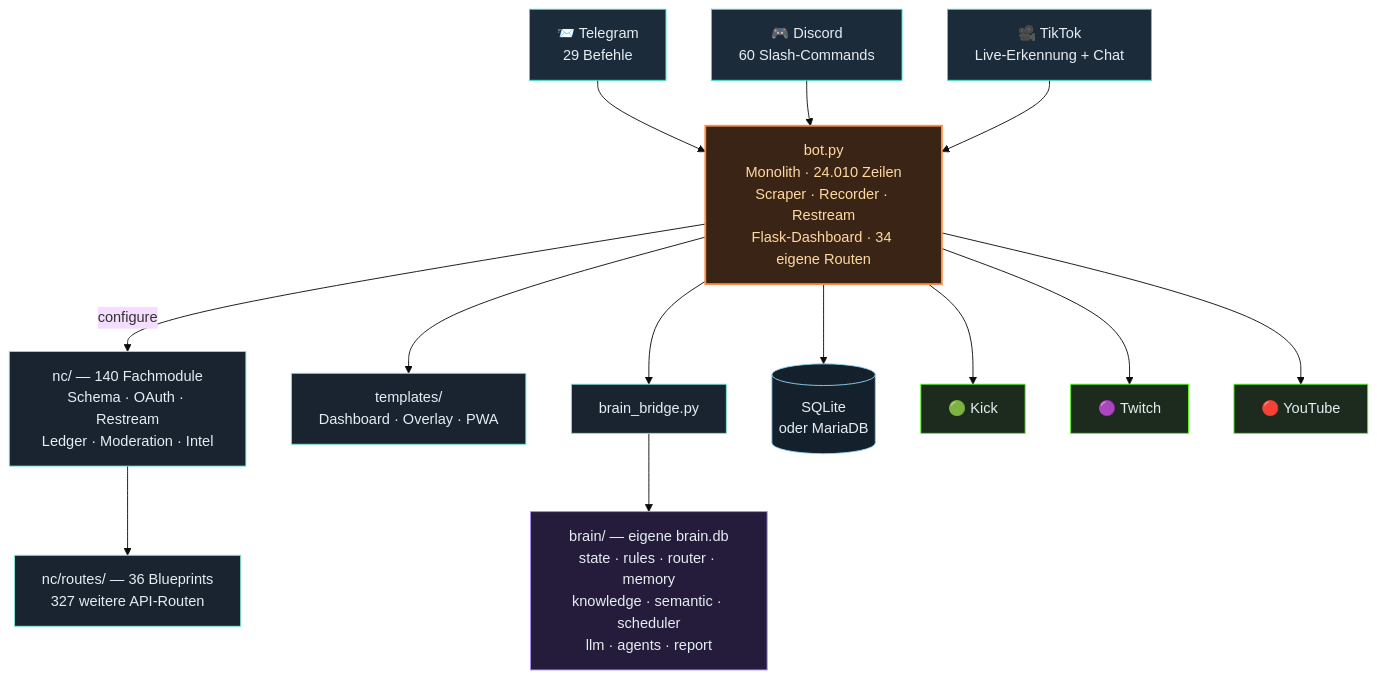
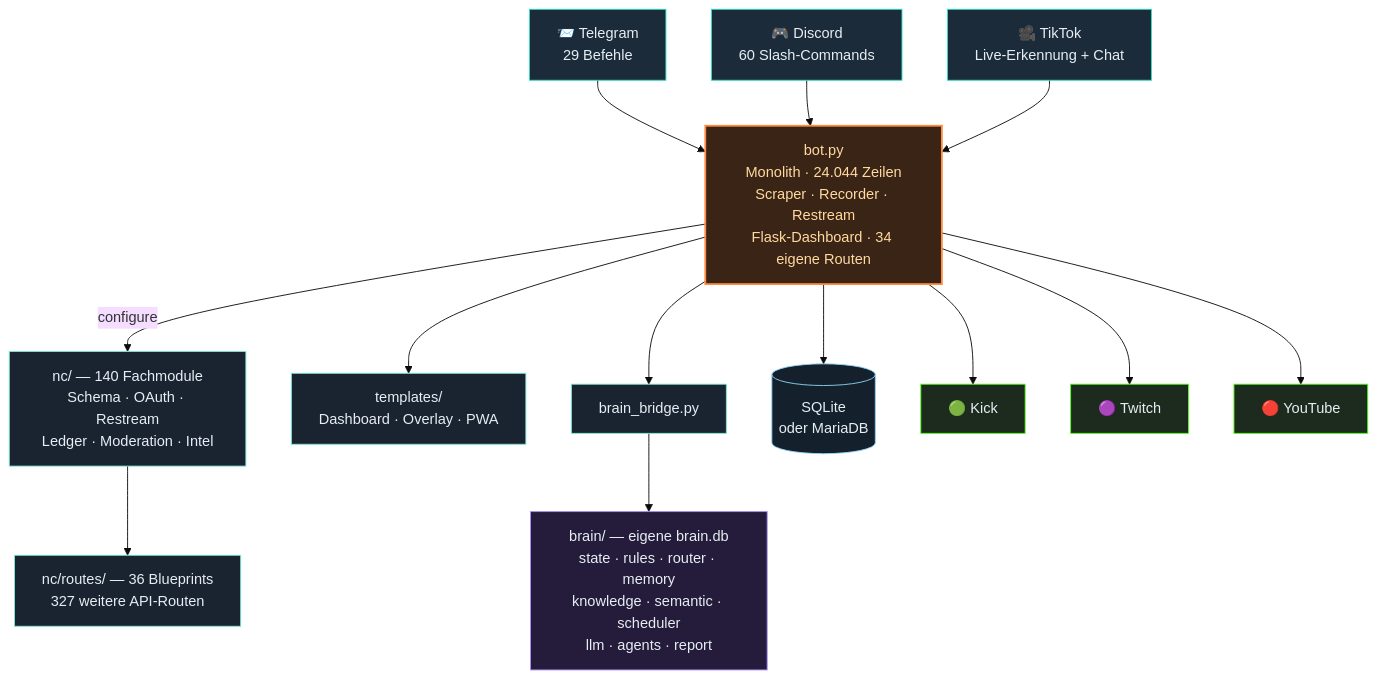
The third of 4 diagrams in README.md (itsamemedev/Telegram-Stream-Info-Bot), drawn with Mermaid (base theme) before and after one commit. The commit also changed other lines of this file and 7 other files, not shown here.

````diff
--- a/README.md
+++ b/README.md
@@ -189,30 +189,30 @@
 ```mermaid
 flowchart TB
     TG["📨 Telegram<br/>29 Befehle"]:::ein
     DC["🎮 Discord<br/>60 Slash-Commands"]:::ein
     TT["🎥 TikTok<br/>Live-Erkennung + Chat"]:::ein
 
     TG --> BOT
     DC --> BOT
     TT --> BOT
 
-    BOT["bot.py<br/>Monolith · 24.010 Zeilen<br/>Scraper · Recorder · Restream<br/>Flask-Dashboard · 34 eigene Routen"]:::core
+    BOT["bot.py<br/>Monolith · 24.044 Zeilen<br/>Scraper · Recorder · Restream<br/>Flask-Dashboard · 34 eigene Routen"]:::core
 
     BOT -->|configure| NC["nc/ — 140 Fachmodule<br/>Schema · OAuth · Restream<br/>Ledger · Moderation · Intel"]:::lib
     NC --> RT["nc/routes/ — 36 Blueprints<br/>327 weitere API-Routen"]:::lib
     BOT --> TPL["templates/<br/>Dashboard · Overlay · PWA"]:::lib
     BOT --> BR["brain_bridge.py"]:::lib
     BR --> BRAIN["brain/ — eigene brain.db<br/>state · rules · router · memory<br/>knowledge · semantic · scheduler<br/>llm · agents · report"]:::brain
     BOT --> DB[("SQLite<br/>oder MariaDB")]:::db
 
     BOT --> KICK["🟢 Kick"]:::out
     BOT --> TW["🟣 Twitch"]:::out
     BOT --> YT["🔴 YouTube"]:::out
 
     classDef ein fill:#1c2b3a,stroke:#2de1c2,color:#e6edf3
     classDef core fill:#3a2415,stroke:#ff8c42,stroke-width:2px,color:#ffd9a0
     classDef lib fill:#1a2430,stroke:#7fe7d4,color:#e6edf3
     classDef brain fill:#241c3a,stroke:#a78bfa,color:#e6edf3
     classDef db fill:#14202c,stroke:#8fd3f4,color:#e6edf3
     classDef out fill:#1c2b1e,stroke:#53fc18,color:#e6edf3
 ```
````
